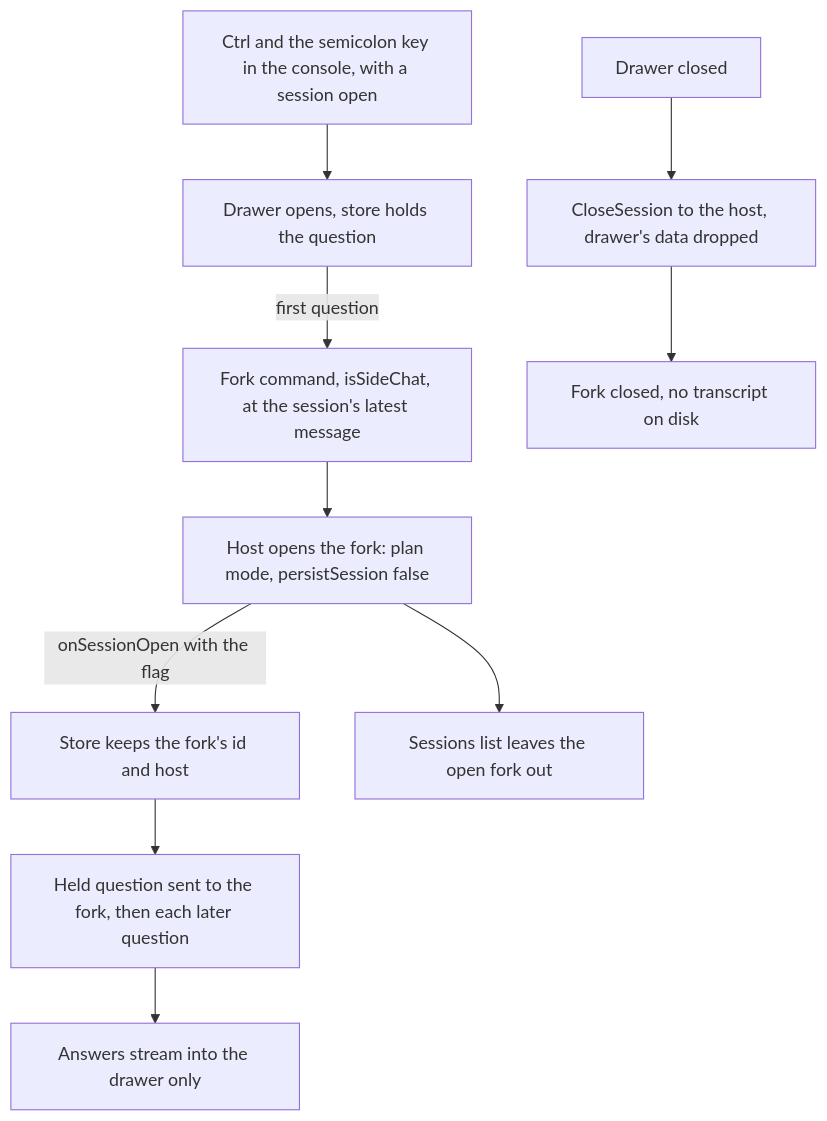
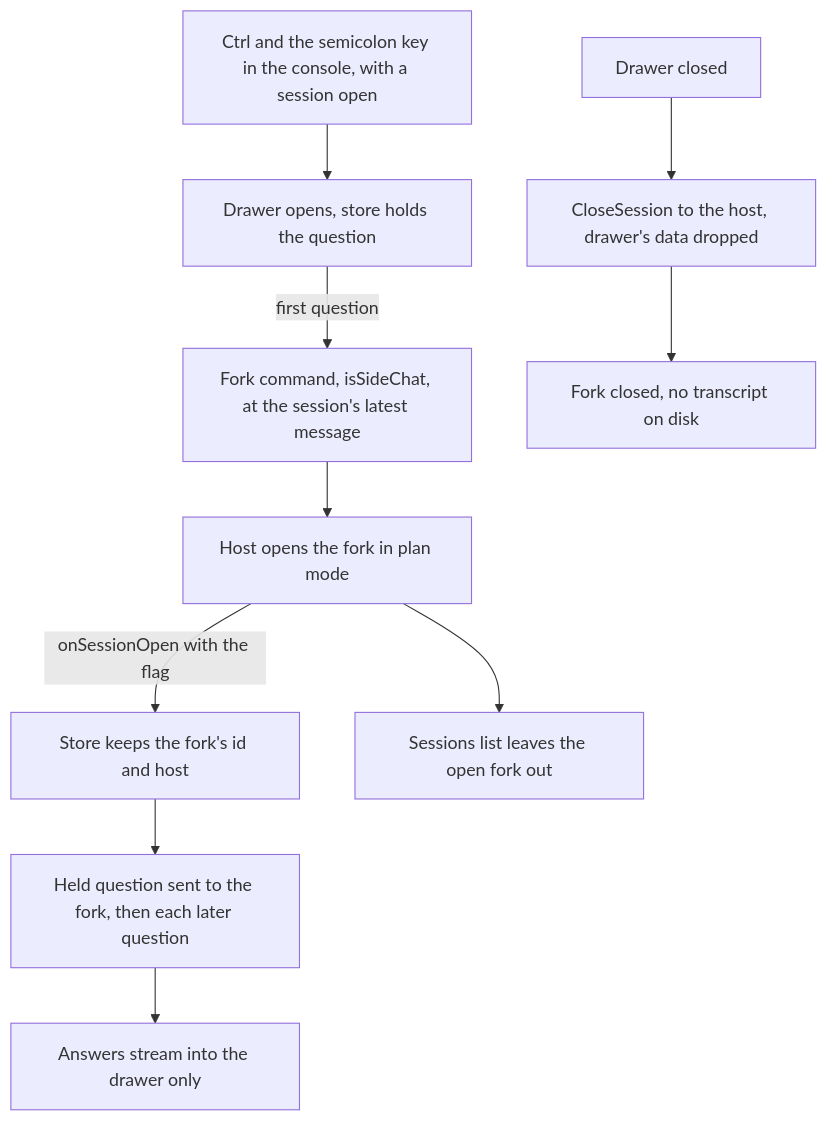
The diagram in openspec/specs/infra/claude-interface/agent-console/side-chat/design.md (Esposter/Esposter), drawn with Mermaid before and after one commit. The commit also changed 8 other files, not shown here.

````diff
--- a/openspec/specs/infra/claude-interface/agent-console/side-chat/design.md
+++ b/openspec/specs/infra/claude-interface/agent-console/side-chat/design.md
@@ -7,12 +7,12 @@
 ```mermaid
 flowchart TD
   K["Ctrl and the semicolon key in the console, with a session open"] --> OPEN["Drawer opens, store holds the question"]
   OPEN -->|"first question"| FORK["Fork command, isSideChat, at the session's latest message"]
-  FORK --> HOST["Host opens the fork: plan mode, persistSession false"]
+  FORK --> HOST[Host opens the fork in plan mode]
   HOST -->|"onSessionOpen with the flag"| HELD["Store keeps the fork's id and host"]
   HELD --> ASK["Held question sent to the fork, then each later question"]
   ASK --> ANSWER["Answers stream into the drawer only"]
   HOST --> LIST["Sessions list leaves the open fork out"]
   CLOSE["Drawer closed"] --> CS["CloseSession to the host, drawer's data dropped"]
   CS --> GONE["Fork closed, no transcript on disk"]
 ```
````
